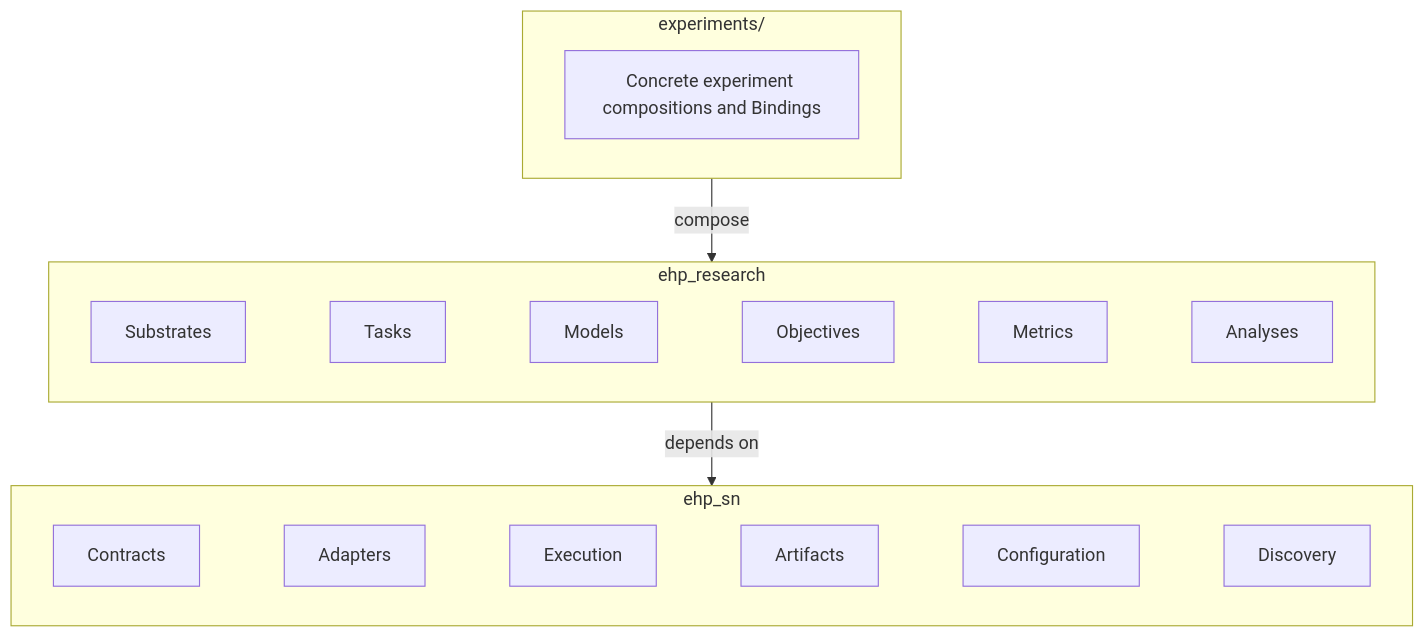
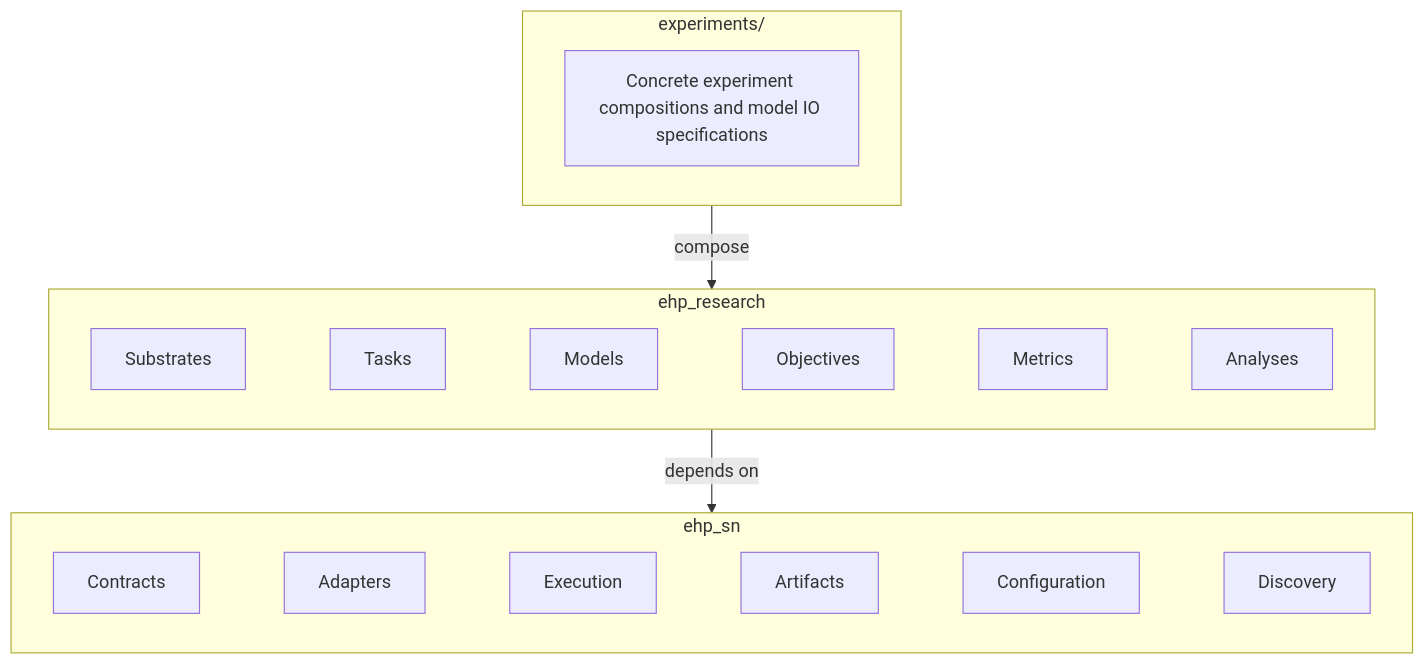
One commit to BorjaEst/ehp-sn changed the diagram in README.md. Above: the diagram before and after it, drawn with Mermaid. The commit also changed other lines of this file and 49 other files, not shown here.

````diff
--- a/README.md
+++ b/README.md
@@ -157,27 +157,27 @@
 ```mermaid
 flowchart TB
     subgraph Framework["ehp_sn"]
         contracts["Contracts"] ~~~
         adapters["Adapters"] ~~~
         execution["Execution"] ~~~
         artifacts["Artifacts"] ~~~
         config["Configuration"]~~~
         discovery["Discovery"]
     end
 
     subgraph Research["ehp_research"]
         substrates["Substrates"] ~~~
         tasks["Tasks"] ~~~
         models["Models"] ~~~
         objectives["Objectives"] ~~~
         metrics["Metrics"] ~~~
         analyses["Analyses"]
     end
 
     subgraph Experiments["experiments/"]
-        compositions["Concrete experiment compositions and Bindings"]
+        compositions["Concrete experiment compositions and model IO specifications"]
     end
 
     Research -->|depends on| Framework
     Experiments -->|compose| Research
 ```
````
